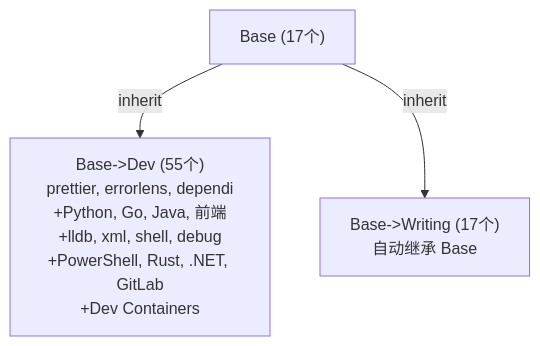
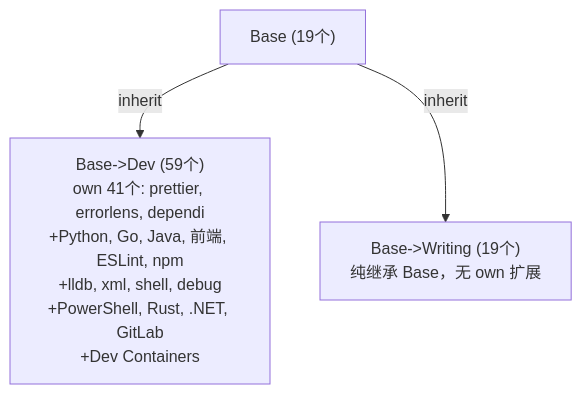
One commit to luotianyiismywife/inherit-profile changed the diagram in vscode配置文件及其配置明细(开发者自用).md. Above: the diagram before and after it, drawn with Mermaid. The commit also changed other lines of this file and 4 other files, not shown here.

````diff
--- a/vscode配置文件及其配置明细(开发者自用).md
+++ b/vscode配置文件及其配置明细(开发者自用).md
@@ -258,9 +266,9 @@
 ```mermaid
 graph TB
-    Base["Base (17个)"]
-    Dev["Base->Dev (55个)<br/>prettier, errorlens, dependi<br/>+Python, Go, Java, 前端<br/>+lldb, xml, shell, debug<br/>+PowerShell, Rust, .NET, GitLab<br/>+Dev Containers"]
-    Writing["Base->Writing (17个)<br/>自动继承 Base"]
+    Base["Base (19个)"]
+    Dev["Base->Dev (59个)<br/>own 41个: prettier, errorlens, dependi<br/>+Python, Go, Java, 前端, ESLint, npm<br/>+lldb, xml, shell, debug<br/>+PowerShell, Rust, .NET, GitLab<br/>+Dev Containers"]
+    Writing["Base->Writing (19个)<br/>纯继承 Base，无 own 扩展"]
 
     Base -->|inherit| Dev
     Base -->|inherit| Writing
 ```
````
